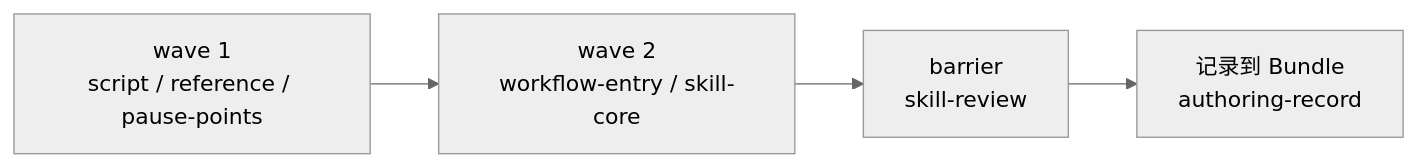
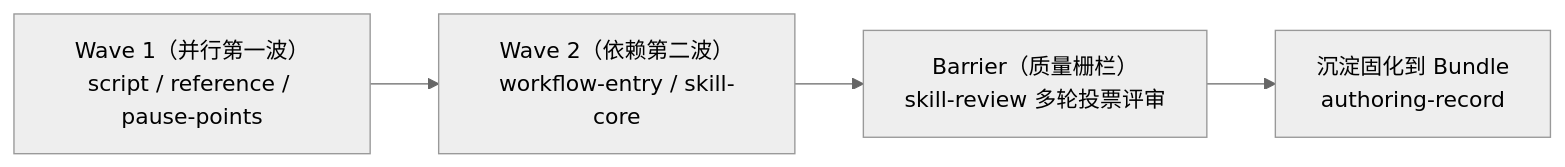
The second of 2 diagrams in zh/cli/bundle.mdx (rpamis/comet-website-docs), drawn with Mermaid (neutral theme) before and after one commit. The commit also changed other lines of this file and 76 other files, not shown here.

````diff
--- a/zh/cli/bundle.mdx
+++ b/zh/cli/bundle.mdx
@@ -63,6 +63,6 @@
 ```mermaid
 flowchart LR
-    W1["wave 1<br/>script / reference / pause-points"] --> W2["wave 2<br/>workflow-entry / skill-core"]
-    W2 --> B["barrier<br/>skill-review"]
-    B --> R["记录到 Bundle<br/>authoring-record"]
+    W1["Wave 1（并行第一波）<br/>script / reference / pause-points"] --> W2["Wave 2（依赖第二波）<br/>workflow-entry / skill-core"]
+    W2 --> B["Barrier（质量栅栏）<br/>skill-review 多轮投票评审"]
+    B --> R["沉淀固化到 Bundle<br/>authoring-record"]
 ```
````
